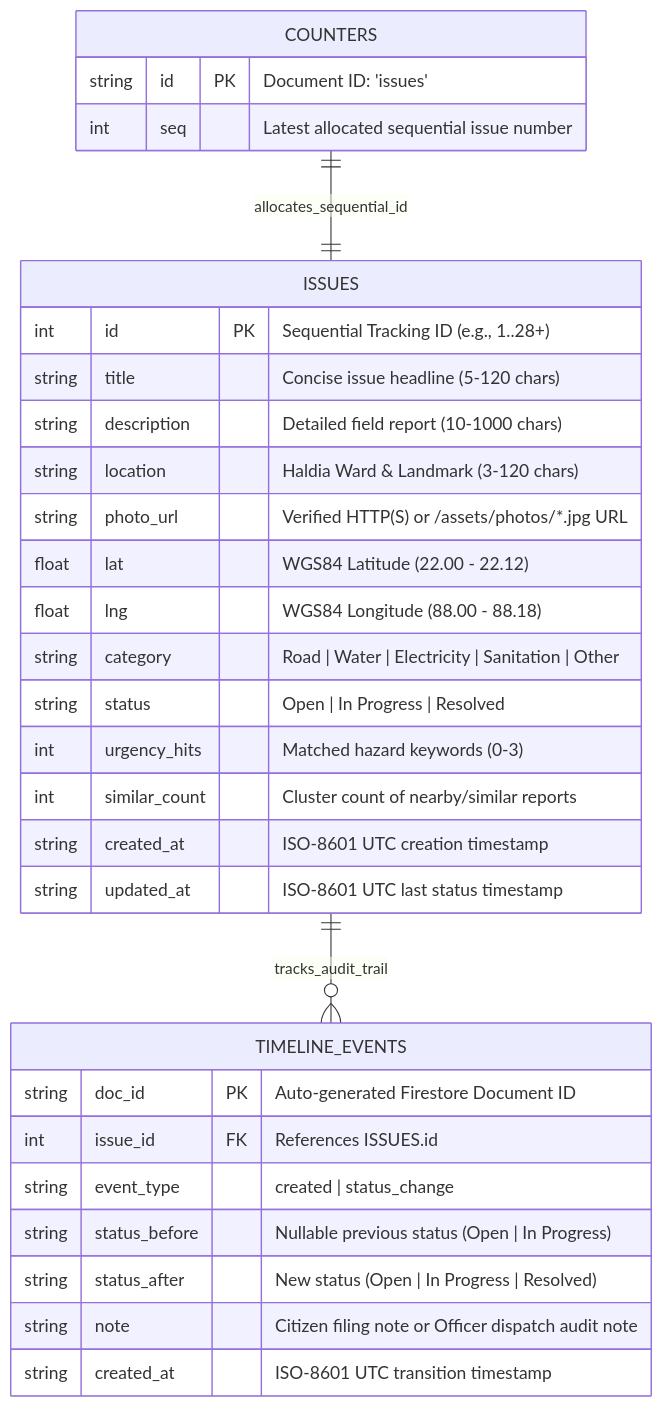
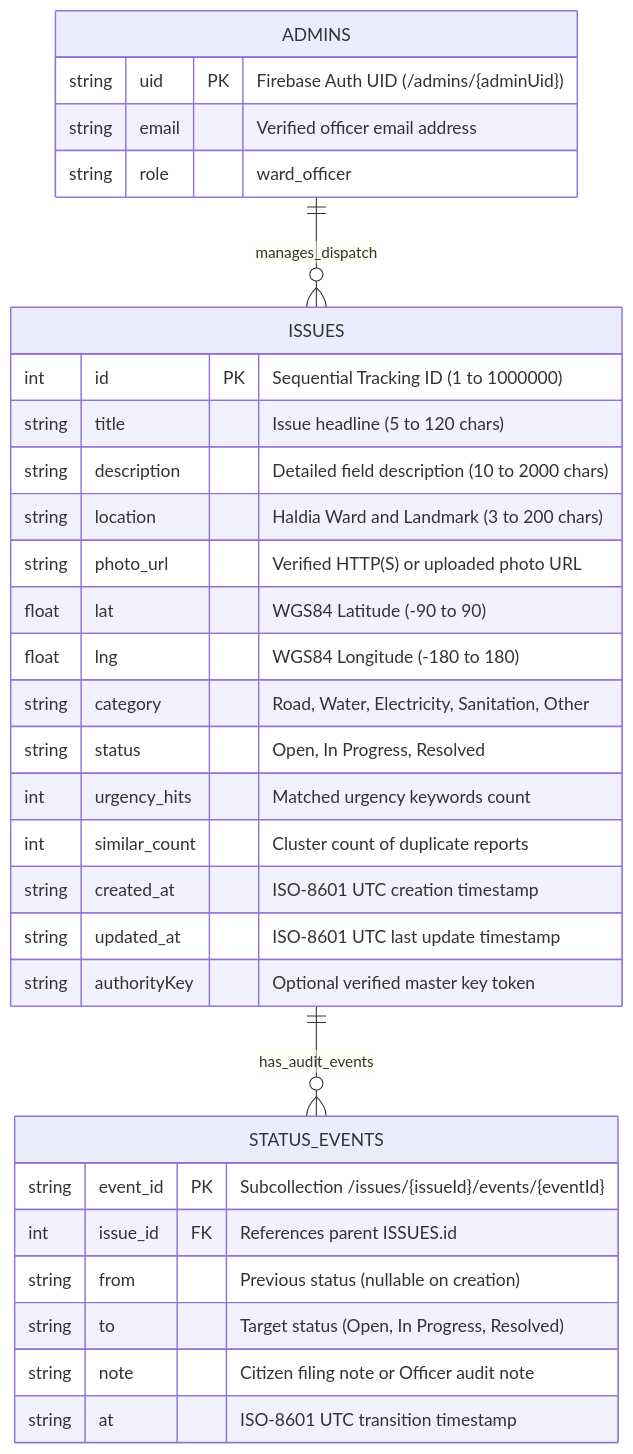
Before and after one commit to Bappaditya-kuilya/CivicCare: the fourth of 4 diagrams in README.md, drawn with Mermaid. The commit also changed other lines of this file and 3 other files, not shown here.

First line of the commit message:
feat(auth): implement email-password authentication

````diff
--- a/README.md
+++ b/README.md
@@ -128,36 +180,37 @@
 ```mermaid
 erDiagram
-  ISSUES ||--o{ TIMELINE_EVENTS : "tracks_audit_trail"
-  COUNTERS ||--|| ISSUES : "allocates_sequential_id"
+  ISSUES ||--o{ STATUS_EVENTS : "has_audit_events"
+  ADMINS ||--o{ ISSUES : "manages_dispatch"
 
   ISSUES {
-    int id PK "Sequential Tracking ID (e.g., 1..28+)"
-    string title "Concise issue headline (5-120 chars)"
-    string description "Detailed field report (10-1000 chars)"
-    string location "Haldia Ward & Landmark (3-120 chars)"
-    string photo_url "Verified HTTP(S) or /assets/photos/*.jpg URL"
-    float lat "WGS84 Latitude (22.00 - 22.12)"
-    float lng "WGS84 Longitude (88.00 - 88.18)"
-    string category "Road | Water | Electricity | Sanitation | Other"
-    string status "Open | In Progress | Resolved"
-    int urgency_hits "Matched hazard keywords (0-3)"
-    int similar_count "Cluster count of nearby/similar reports"
+    int id PK "Sequential Tracking ID (1 to 1000000)"
+    string title "Issue headline (5 to 120 chars)"
+    string description "Detailed field description (10 to 2000 chars)"
+    string location "Haldia Ward and Landmark (3 to 200 chars)"
+    string photo_url "Verified HTTP(S) or uploaded photo URL"
+    float lat "WGS84 Latitude (-90 to 90)"
+    float lng "WGS84 Longitude (-180 to 180)"
+    string category "Road, Water, Electricity, Sanitation, Other"
+    string status "Open, In Progress, Resolved"
+    int urgency_hits "Matched urgency keywords count"
+    int similar_count "Cluster count of duplicate reports"
     string created_at "ISO-8601 UTC creation timestamp"
-    string updated_at "ISO-8601 UTC last status timestamp"
+    string updated_at "ISO-8601 UTC last update timestamp"
+    string authorityKey "Optional verified master key token"
   }
 
-  TIMELINE_EVENTS {
-    string doc_id PK "Auto-generated Firestore Document ID"
-    int issue_id FK "References ISSUES.id"
-    string event_type "created | status_change"
-    string status_before "Nullable previous status (Open | In Progress)"
-    string status_after "New status (Open | In Progress | Resolved)"
-    string note "Citizen filing note or Officer dispatch audit note"
-    string created_at "ISO-8601 UTC transition timestamp"
+  STATUS_EVENTS {
+    string event_id PK "Subcollection /issues/{issueId}/events/{eventId}"
+    int issue_id FK "References parent ISSUES.id"
+    string from "Previous status (nullable on creation)"
+    string to "Target status (Open, In Progress, Resolved)"
+    string note "Citizen filing note or Officer audit note"
+    string at "ISO-8601 UTC transition timestamp"
   }
 
-  COUNTERS {
-    string id PK "Document ID: 'issues'"
-    int seq "Latest allocated sequential issue number"
+  ADMINS {
+    string uid PK "Firebase Auth UID (/admins/{adminUid})"
+    string email "Verified officer email address"
+    string role "ward_officer"
   }
 ```
````
